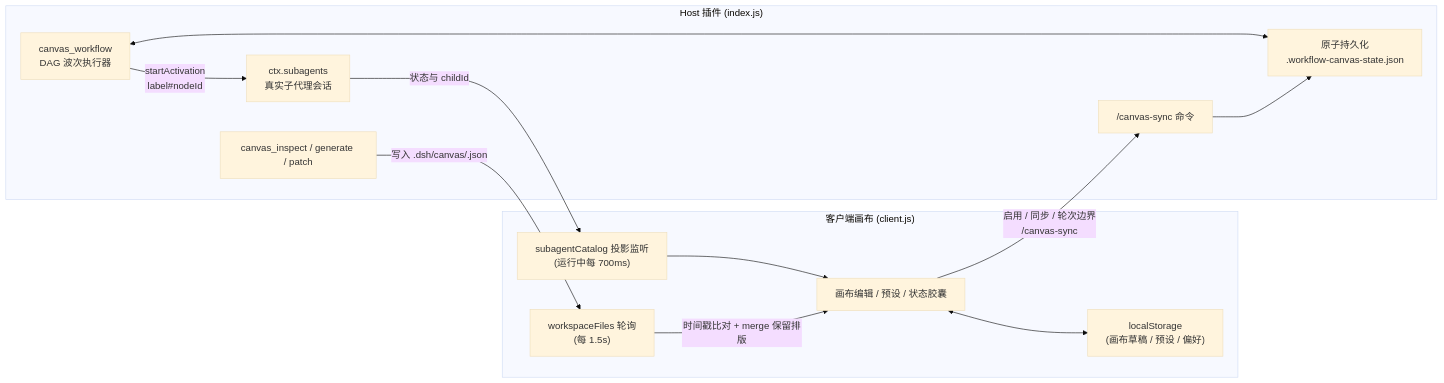
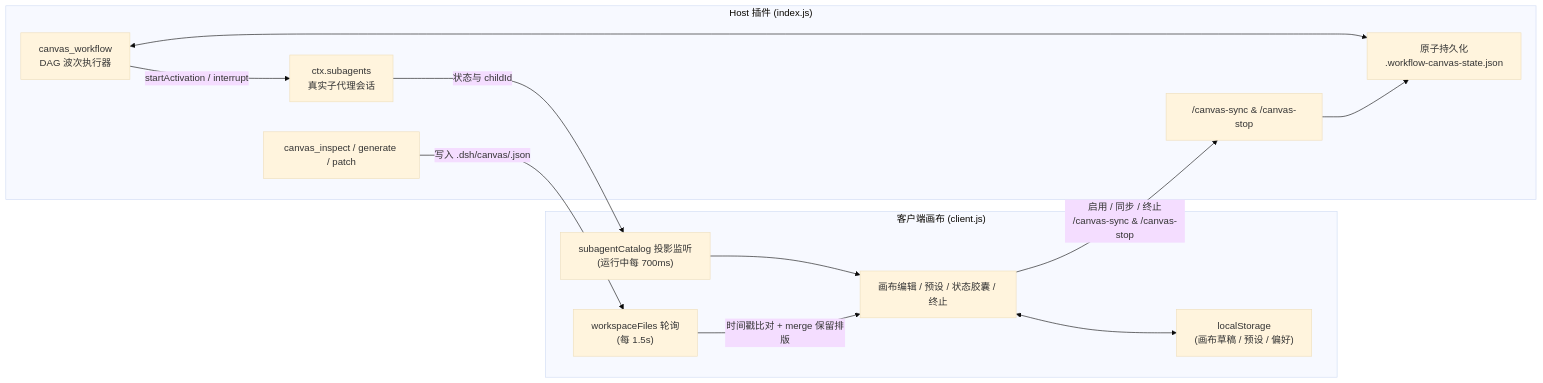
Before and after one commit to Wasabi2575/dsh-workflow-canvas: the first of 2 diagrams in docs/MECHANISM.zh.md, drawn with Mermaid (base theme). The commit also changed other lines of this file and 12 other files, not shown here.

Commit message:
chore(release): v1.5.5 — unified stop, direction persistence, pan+zoom fix, instant preset sync & toolbar undo/redo

````diff
--- a/docs/MECHANISM.zh.md
+++ b/docs/MECHANISM.zh.md
@@ -15,27 +15,27 @@
 ```mermaid
 flowchart LR
     subgraph Client["客户端画布 (client.js)"]
-        UI["画布编辑 / 预设 / 状态胶囊"]
+        UI["画布编辑 / 预设 / 状态胶囊 / 终止"]
         LS["localStorage\n(画布草稿 / 预设 / 偏好)"]
         Poll["workspaceFiles 轮询\n(每 1.5s)"]
         Cat["subagentCatalog 投影监听\n(运行中每 700ms)"]
     end
 
     subgraph Host["Host 插件 (index.js)"]
-        Sync["/canvas-sync 命令"]
+        Sync["/canvas-sync & /canvas-stop"]
         Store["原子持久化\n.workflow-canvas-state.json"]
         Tools["canvas_inspect / generate / patch"]
         Exec["canvas_workflow\nDAG 波次执行器"]
         Sub["ctx.subagents\n真实子代理会话"]
     end
 
     UI <--> LS
-    UI -- "启用 / 同步 / 轮次边界\n/canvas-sync" --> Sync
+    UI -- "启用 / 同步 / 终止\n/canvas-sync & /canvas-stop" --> Sync
     Sync --> Store
     Tools -- "写入 .dsh/canvas/<sid>.json" --> Poll
     Poll -- "时间戳比对 + merge 保留排版" --> UI
     Exec <--> Store
-    Exec -- "startActivation\nlabel#nodeId" --> Sub
+    Exec -- "startActivation / interrupt" --> Sub
     Sub -- "状态与 childId" --> Cat
     Cat --> UI
 ```
````
